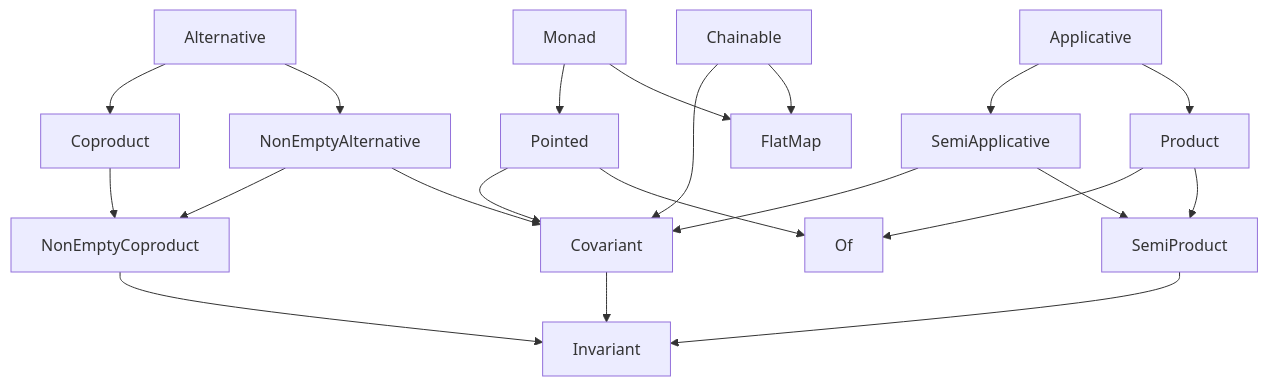
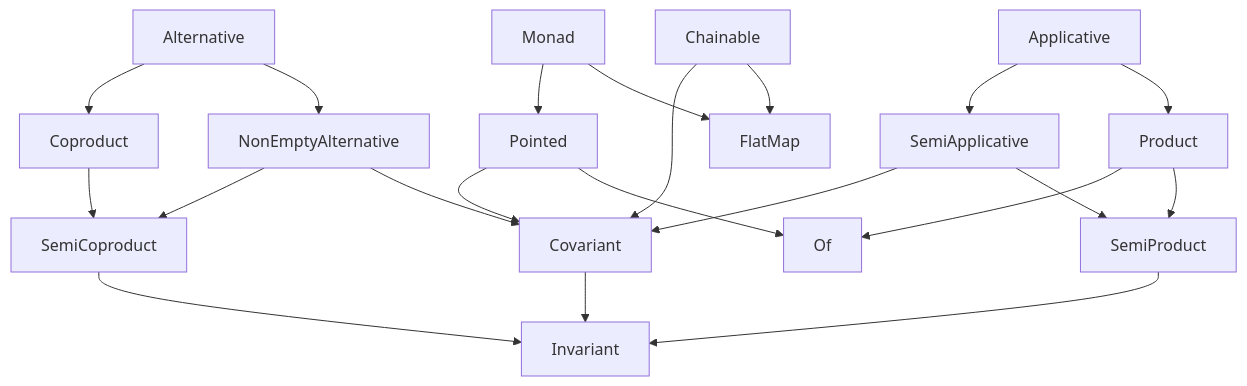
One commit to fp-ts/core changed the diagram in Overview.md. Above: the diagram before and after it, drawn with Mermaid. The commit also changed other lines of this file and 8 other files, not shown here.

Commit message:
NonEmptyCoproduct: rename to SemiCoproduct

````diff
--- a/Overview.md
+++ b/Overview.md
@@ -110,23 +110,23 @@
 ```mermaid
 flowchart TD
     Alternative --> NonEmptyAlternative
     Alternative --> Coproduct
     Applicative --> Product
-    Coproduct --> NonEmptyCoproduct
+    Coproduct --> SemiCoproduct
     NonEmptyAlternative --> Covariant
-    NonEmptyAlternative --> NonEmptyCoproduct
+    NonEmptyAlternative --> SemiCoproduct
     SemiApplicative --> SemiProduct
     SemiApplicative --> Covariant
     Applicative --> SemiApplicative
     Chainable --> FlatMap
     Chainable ---> Covariant
     Monad --> FlatMap
     Monad --> Pointed
     Pointed --> Of
     Pointed --> Covariant
     Product --> SemiProduct
     Product --> Of
     SemiProduct --> Invariant
     Covariant --> Invariant
-    NonEmptyCoproduct --> Invariant
+    SemiCoproduct --> Invariant
 ```
````
